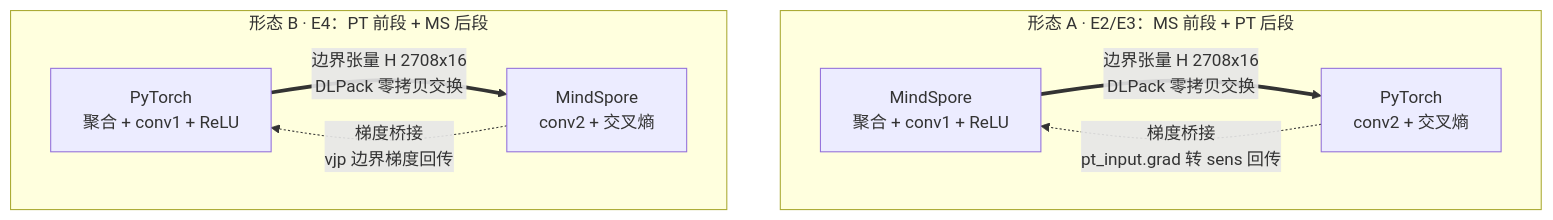
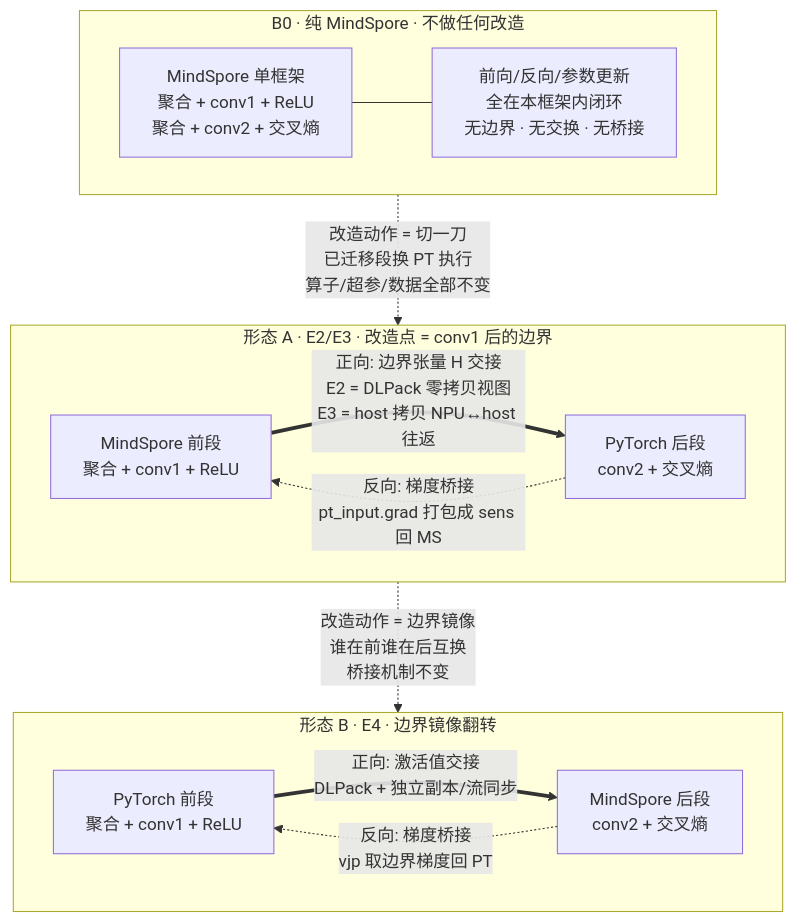
The first of 2 diagrams in dlpack-verify/docs/DLPack混合训练实践报告.md (gz-ai-frontier-lab/idea-verify), drawn with Mermaid before and after one commit. The commit also changed other lines of this file and 1 other file, not shown here.

Commit message:
训练对照函数配原理级注释(新人向: vjp/重立叶子/detach/sens/标量种子/联合更新), 报告§4.1换四组合一架构图(B0/形态A-E2-E3/形态B)标清改造点=边界, 5epoch冒烟通过

````diff
--- a/dlpack-verify/docs/DLPack混合训练实践报告.md
+++ b/dlpack-verify/docs/DLPack混合训练实践报告.md
@@ -160,13 +160,19 @@
 ```mermaid
 flowchart TB
-    subgraph S1["形态 A · E2/E3：MS 前段 + PT 后段"]
+    subgraph G0["B0 · 纯 MindSpore · 不做任何改造"]
         direction LR
-        A1["MindSpore<br/>聚合 + conv1 + ReLU"] ==>|"边界张量 H 2708x16<br/>DLPack 零拷贝交换"| B1["PyTorch<br/>conv2 + 交叉熵"]
-        B1 -.->|"梯度桥接<br/>pt_input.grad 转 sens 回传"| A1
+        M0["MindSpore 单框架<br/>聚合 + conv1 + ReLU<br/>聚合 + conv2 + 交叉熵"] --- L0["前向/反向/参数更新<br/>全在本框架内闭环<br/>无边界 · 无交换 · 无桥接"]
     end
-    subgraph S2["形态 B · E4：PT 前段 + MS 后段"]
+    subgraph GA["形态 A · E2/E3 · 改造点 = conv1 后的边界"]
         direction LR
-        A2["PyTorch<br/>聚合 + conv1 + ReLU"] ==>|"边界张量 H 2708x16<br/>DLPack 零拷贝交换"| B2["MindSpore<br/>conv2 + 交叉熵"]
-        B2 -.->|"梯度桥接<br/>vjp 边界梯度回传"| A2
+        MA["MindSpore 前段<br/>聚合 + conv1 + ReLU"] ==>|"正向: 边界张量 H 交接<br/>E2 = DLPack 零拷贝视图<br/>E3 = host 拷贝 NPU↔host 往返"| PA["PyTorch 后段<br/>conv2 + 交叉熵"]
+        PA -.->|"反向: 梯度桥接<br/>pt_input.grad 打包成 sens 回 MS"| MA
     end
+    subgraph GB["形态 B · E4 · 边界镜像翻转"]
+        direction LR
+        PB["PyTorch 前段<br/>聚合 + conv1 + ReLU"] ==>|"正向: 激活值交接<br/>DLPack + 独立副本/流同步"| MB["MindSpore 后段<br/>conv2 + 交叉熵"]
+        MB -.->|"反向: 梯度桥接<br/>vjp 取边界梯度回 PT"| PB
+    end
+    G0 -.->|"改造动作 = 切一刀<br/>已迁移段换 PT 执行<br/>算子/超参/数据全部不变"| GA
+    GA -.->|"改造动作 = 边界镜像<br/>谁在前谁在后互换<br/>桥接机制不变"| GB
 ```
````
